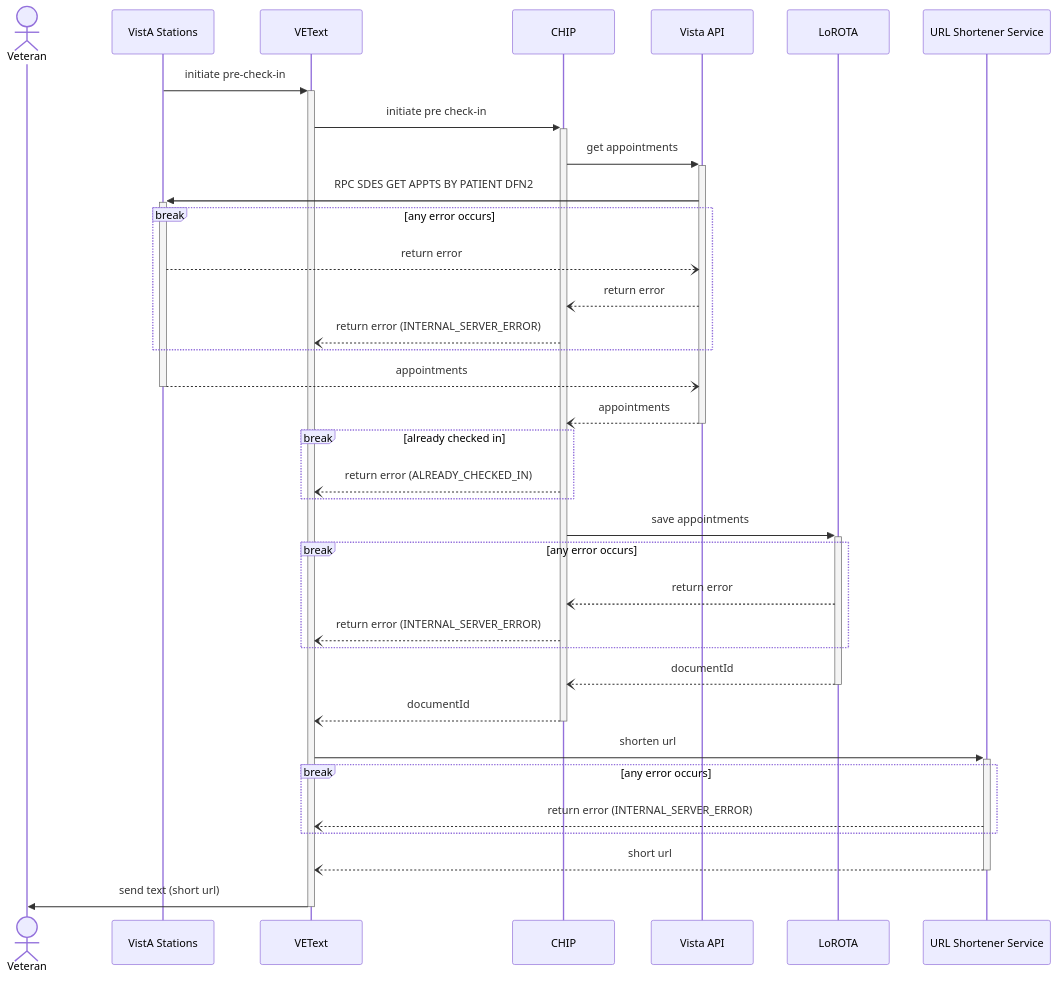
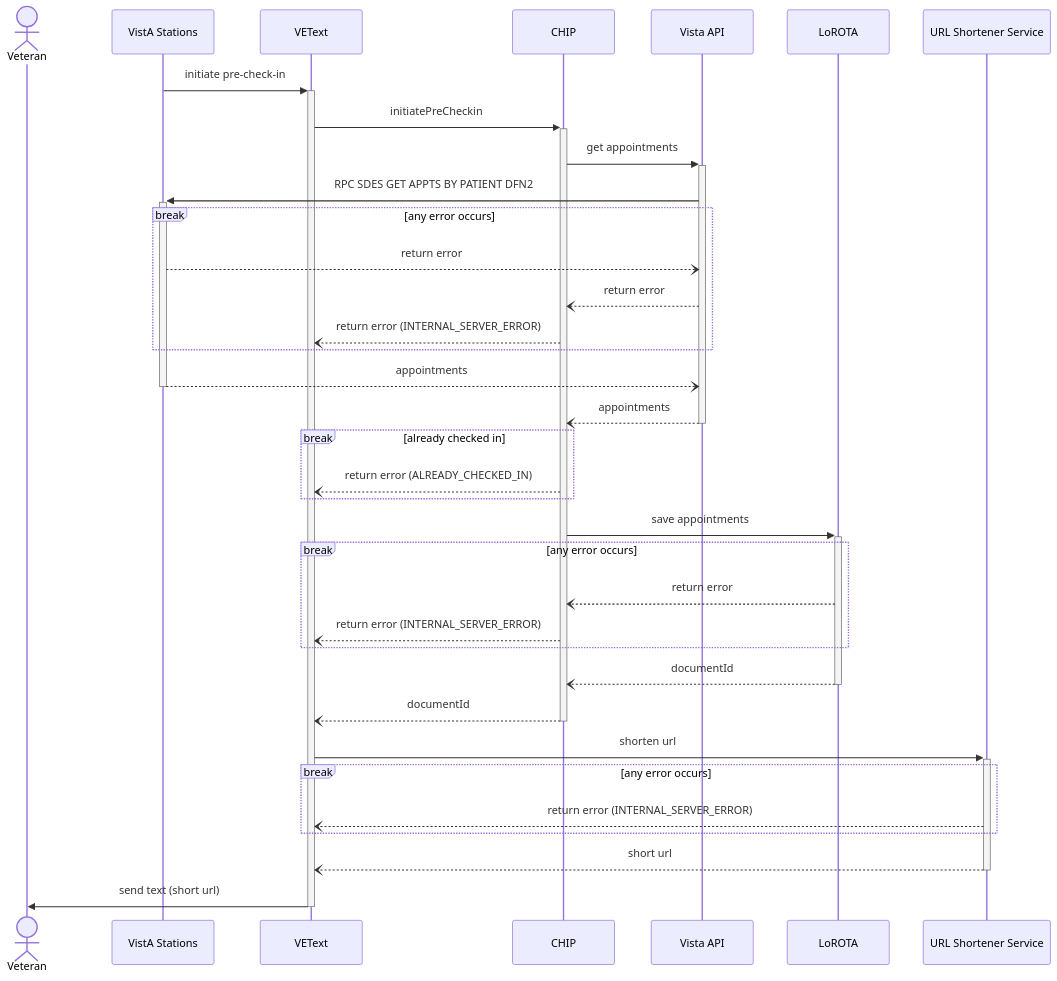
One commit to department-of-veterans-affairs/va.gov-team changed the first of 5 diagrams in products/health-care/checkin/engineering/architecture-diagrams/sequenceDiagram_preCheckInExp.md. Above: the diagram before and after it, drawn with Mermaid. The commit also changed other lines of this file, not shown here.

````diff
--- a/products/health-care/checkin/engineering/architecture-diagrams/sequenceDiagram_preCheckInExp.md
+++ b/products/health-care/checkin/engineering/architecture-diagrams/sequenceDiagram_preCheckInExp.md
@@ -6,44 +6,44 @@
 ```mermaid
 sequenceDiagram
     actor vet as Veteran
     participant val as VistA Stations
     participant vt as VEText
     participant c as CHIP
     participant va as Vista API
     participant l as LoROTA
     participant url as URL Shortener Service
 
     val->>+vt: initiate pre-check-in
-    vt->>+c: initiate pre check-in
+    vt->>+c: initiatePreCheckin
 
     c->>+va: get appointments
     va->>+val: RPC SDES GET APPTS BY PATIENT DFN2
     break any error occurs
       val--)va: return error
       va--)c: return error
       c--)vt: return error (INTERNAL_SERVER_ERROR)
     end
     val--)-va: appointments
     va--)-c: appointments
 
     break already checked in
       c--)vt: return error (ALREADY_CHECKED_IN)
     end
 
     c->>+l: save appointments
     break any error occurs
       l--)c: return error
       c--)vt: return error (INTERNAL_SERVER_ERROR)
     end
     l--)-c: documentId
 
     c--)-vt: documentId
 
     vt->>+url: shorten url
     break any error occurs
       url--)vt: return error (INTERNAL_SERVER_ERROR)
     end
     url--)-vt: short url
 
     vt->>-vet: send text (short url)
 ```
````
